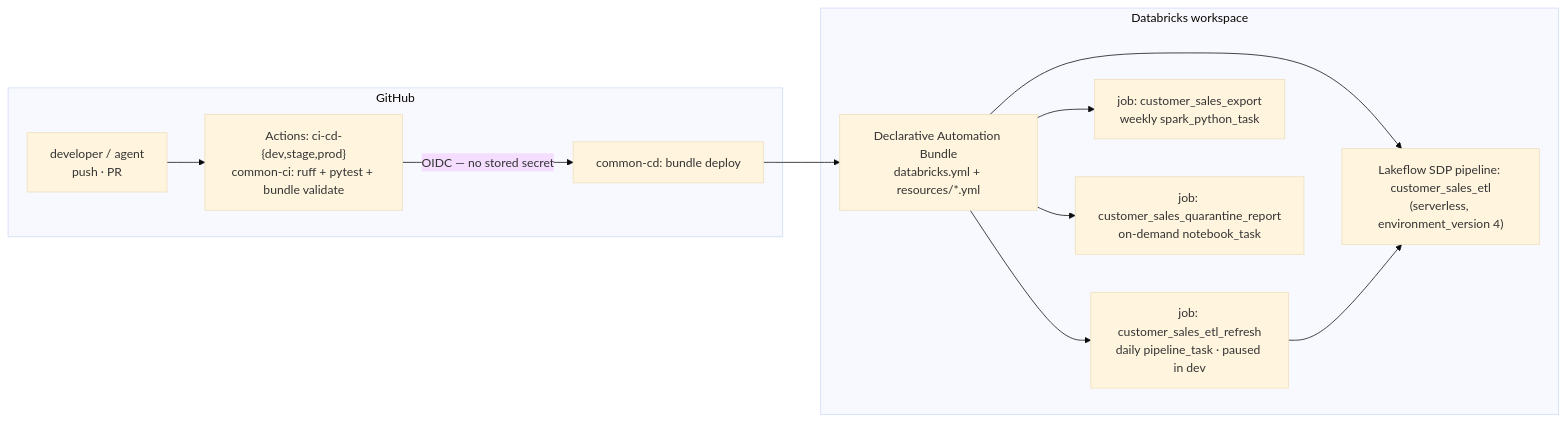
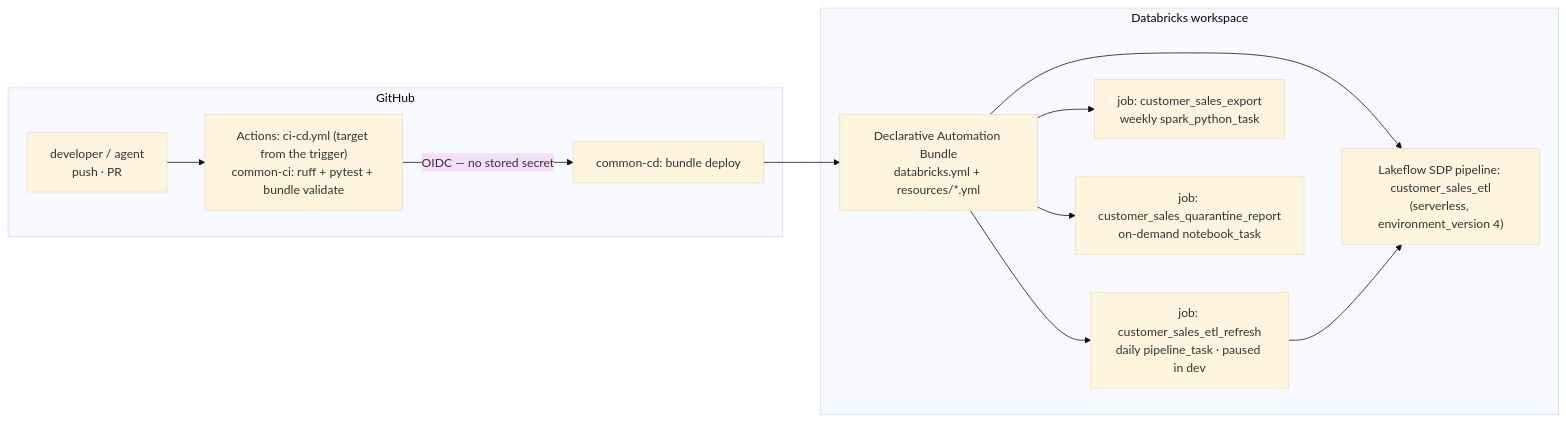
One commit to Vegash09/Demo_Lab changed the first of 6 diagrams in docs/ARCHITECTURE.md. Above: the diagram before and after it, drawn with Mermaid (base theme). The commit also changed other lines of this file and 30 other files, not shown here.

````diff
--- a/docs/ARCHITECTURE.md
+++ b/docs/ARCHITECTURE.md
@@ -19,16 +20,16 @@
 ```mermaid
 flowchart LR
     subgraph GH["GitHub"]
-        DEV["developer / agent<br/>push · PR"] --> CI["Actions: ci-cd-{dev,stage,prod}<br/>common-ci: ruff + pytest + bundle validate"]
+        DEV["developer / agent<br/>push · PR"] --> CI["Actions: ci-cd.yml (target from the trigger)<br/>common-ci: ruff + pytest + bundle validate"]
         CI -->|"OIDC — no stored secret"| CD["common-cd: bundle deploy"]
     end
 
     subgraph WS["Databricks workspace"]
         CD --> DAB["Declarative Automation Bundle<br/>databricks.yml + resources/*.yml"]
         DAB --> PL["Lakeflow SDP pipeline: customer_sales_etl<br/>(serverless, environment_version 4)"]
         DAB --> JOB["job: customer_sales_etl_refresh<br/>daily pipeline_task · paused in dev"]
         DAB --> EXP["job: customer_sales_export<br/>weekly spark_python_task"]
         DAB --> QR["job: customer_sales_quarantine_report<br/>on-demand notebook_task"]
         JOB --> PL
     end
 ```
````
